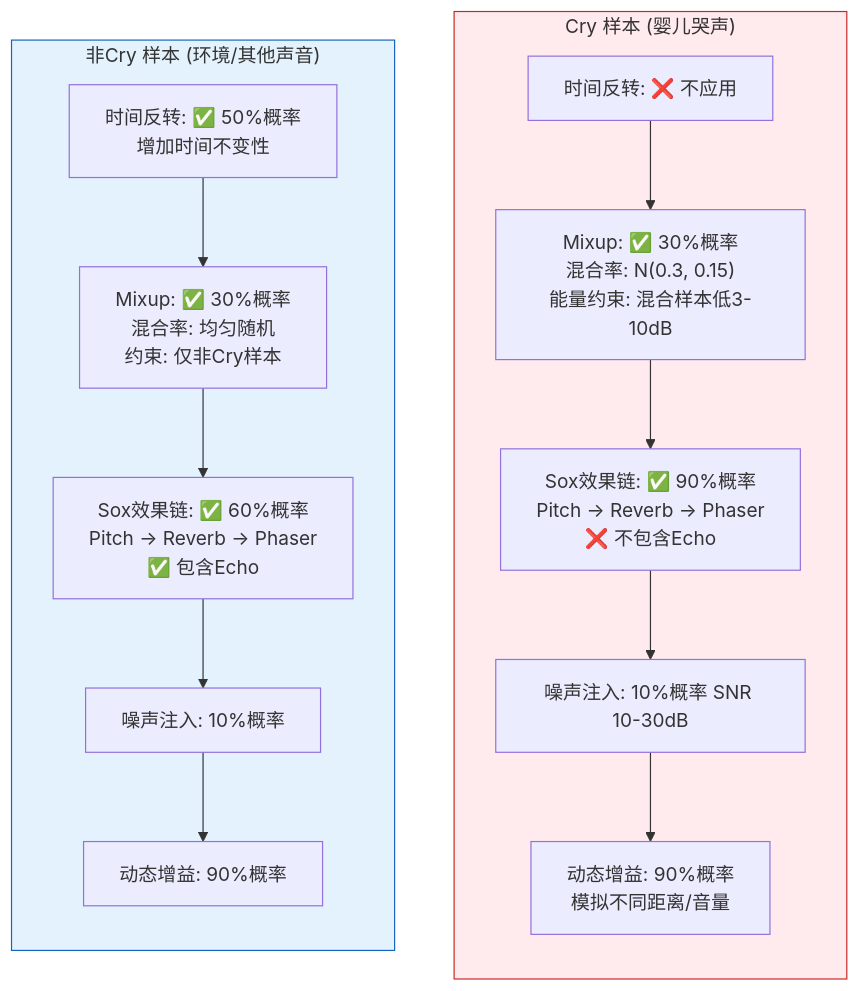
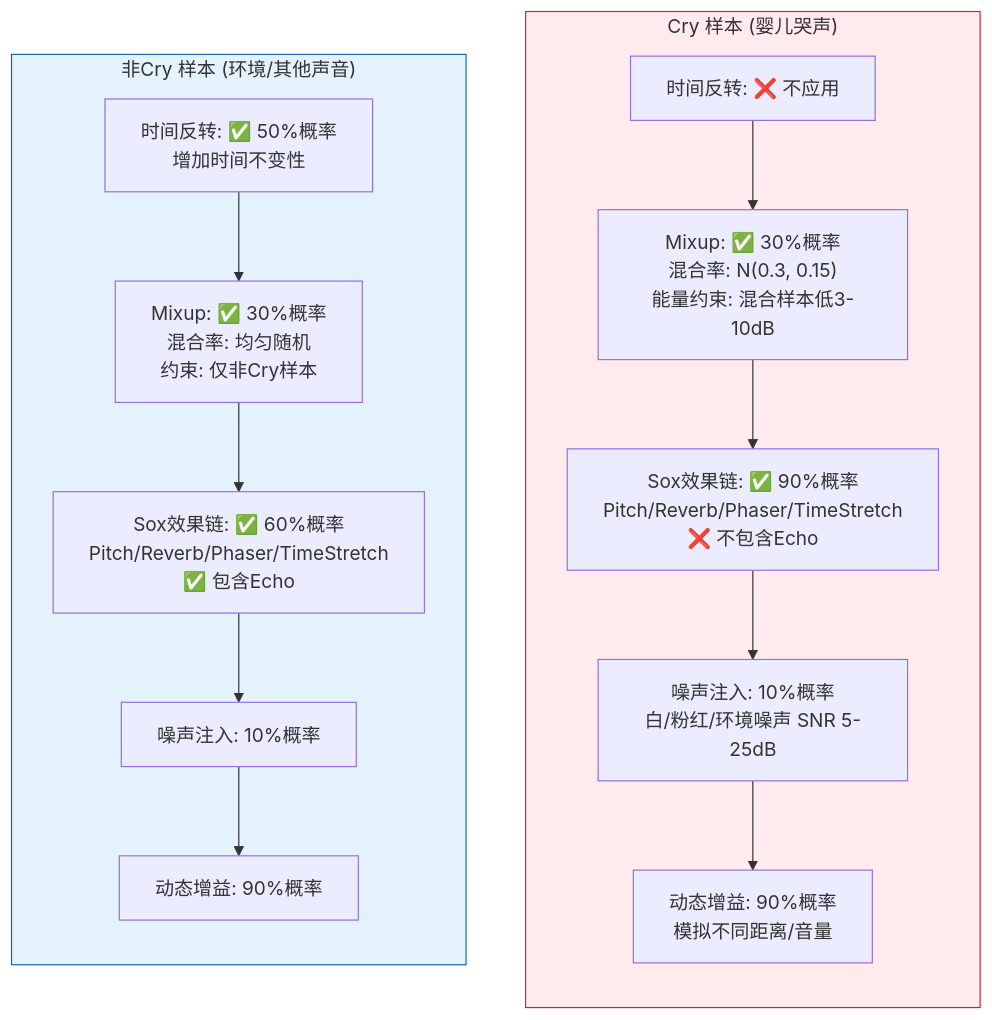
One commit to pkuCactus/crydet changed the fifth of 5 diagrams in docs/data_augmentation.md. Above: the diagram before and after it, drawn with Mermaid. The commit also changed other lines of this file and 1 other file, not shown here.

````diff
--- a/docs/data_augmentation.md
+++ b/docs/data_augmentation.md
@@ -267,27 +307,27 @@
 ```mermaid
 flowchart TB
     subgraph Cry["Cry 样本 (婴儿哭声)"]
         direction TB
         C1[时间反转: ❌ 不应用]
         C2["Mixup: ✅ 30%概率\n混合率: N(0.3, 0.15)\n能量约束: 混合样本低3-10dB"]
-        C3["Sox效果链: ✅ 90%概率\nPitch → Reverb → Phaser\n❌ 不包含Echo"]
-        C4[噪声注入: 10%概率 SNR 10-30dB]
+        C3["Sox效果链: ✅ 90%概率\nPitch/Reverb/Phaser/TimeStretch\n❌ 不包含Echo"]
+        C4["噪声注入: 10%概率\n白/粉红/环境噪声 SNR 5-25dB"]
         C5["动态增益: 90%概率\n模拟不同距离/音量"]
 
         C1 --> C2 --> C3 --> C4 --> C5
     end
 
     subgraph NonCry["非Cry 样本 (环境/其他声音)"]
         direction TB
         N1["时间反转: ✅ 50%概率\n增加时间不变性"]
         N2["Mixup: ✅ 30%概率\n混合率: 均匀随机\n约束: 仅非Cry样本"]
-        N3["Sox效果链: ✅ 60%概率\nPitch → Reverb → Phaser\n✅ 包含Echo"]
-        N4[噪声注入: 10%概率]
+        N3["Sox效果链: ✅ 60%概率\nPitch/Reverb/Phaser/TimeStretch\n✅ 包含Echo"]
+        N4["噪声注入: 10%概率"]
         N5[动态增益: 90%概率]
 
         N1 --> N2 --> N3 --> N4 --> N5
     end
 
     style Cry fill:#ffebee,stroke:#c62828
     style NonCry fill:#e3f2fd,stroke:#1565c0
 ```
````
